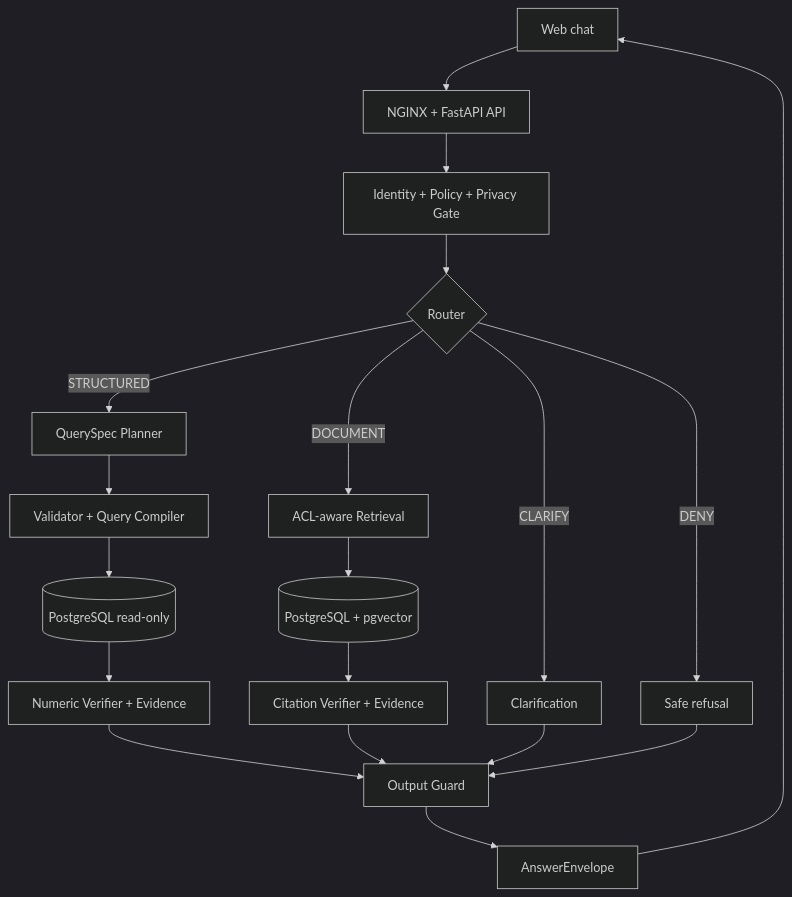
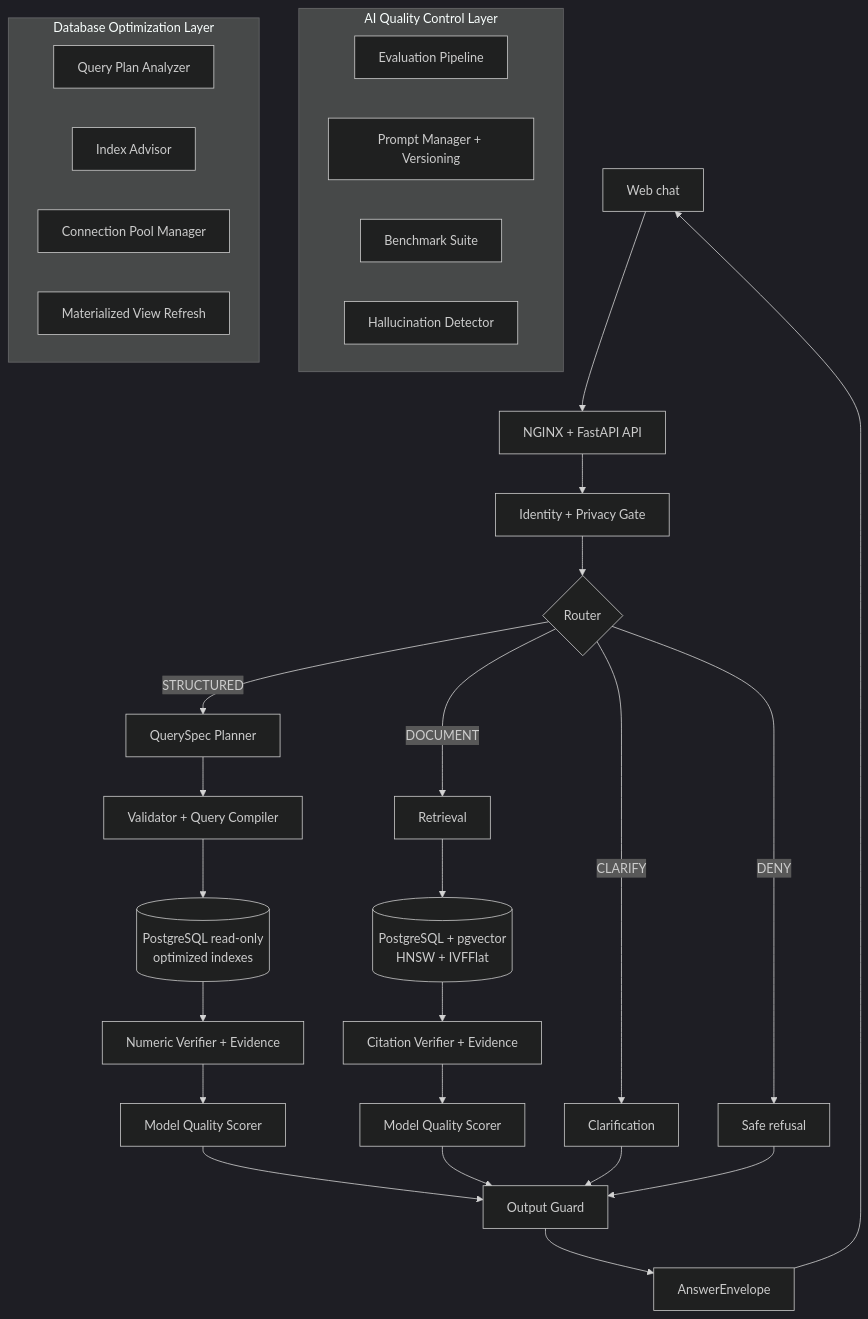
Before and after one commit to TrongNamNguyen/Chat_Widget: the first of 5 diagrams in workflow_final_2_thang.md, drawn with Mermaid (dark theme). The commit also changed other lines of this file, not shown here.

````diff
--- a/workflow_final_2_thang.md
+++ b/workflow_final_2_thang.md
@@ -59,21 +64,37 @@
 ```mermaid
 flowchart TD
     U[Web chat] --> G[NGINX + FastAPI API]
-    G --> I[Identity + Policy + Privacy Gate]
+    G --> I[Identity + Privacy Gate]
     I --> R{Router}
     R -->|STRUCTURED| Q[QuerySpec Planner]
     Q --> V[Validator + Query Compiler]
-    V --> DB[(PostgreSQL read-only)]
+    V --> DB[(PostgreSQL read-only<br/>optimized indexes)]
     DB --> NV[Numeric Verifier + Evidence]
-    R -->|DOCUMENT| RR[ACL-aware Retrieval]
-    RR --> PG[(PostgreSQL + pgvector)]
+    NV --> MQ1[Model Quality Scorer]
+    R -->|DOCUMENT| RR[Retrieval]
+    RR --> PG[(PostgreSQL + pgvector<br/>HNSW + IVFFlat)]
     PG --> CV[Citation Verifier + Evidence]
+    CV --> MQ2[Model Quality Scorer]
     R -->|CLARIFY| C[Clarification]
     R -->|DENY| D[Safe refusal]
-    NV --> O[Output Guard]
-    CV --> O
+    MQ1 --> O[Output Guard]
+    MQ2 --> O
     C --> O
     D --> O
     O --> A[AnswerEnvelope]
     A --> U
+
+    subgraph ModelQuality ["AI Quality Control Layer"]
+        EP[Evaluation Pipeline]
+        PM[Prompt Manager + Versioning]
+        BM[Benchmark Suite]
+        HD[Hallucination Detector]
+    end
+
+    subgraph DBOpt ["Database Optimization Layer"]
+        QP[Query Plan Analyzer]
+        IX[Index Advisor]
+        CP[Connection Pool Manager]
+        MT[Materialized View Refresh]
+    end
 ```
````
